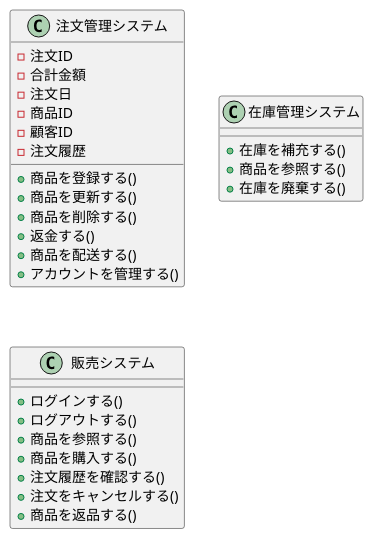
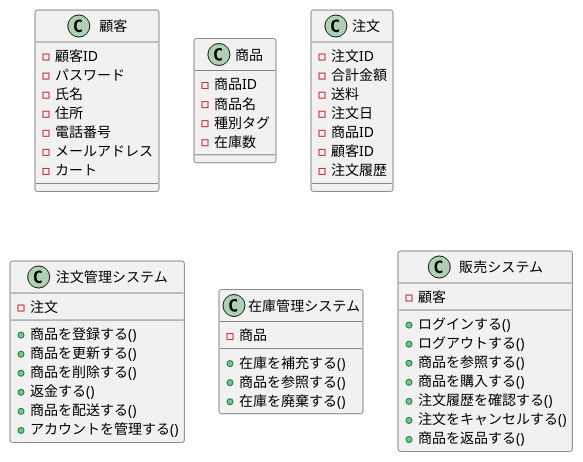
Before and after one commit to FujikawaHirono0520/group3_1_dogdog: the diagram in BB/class.pu, drawn with PlantUML.

Commit message:
add class

```diff
--- a/BB/class.pu
+++ b/BB/class.pu
@@ -1,35 +1,61 @@
 @startuml .
 
-class 注文管理システム{
+class 顧客{
+    - 顧客ID
+    - パスワード
+    - 氏名
+    - 住所
+    - 電話番号
+    - メールアドレス
+    - カート
+}
+
+class 商品 {
+    - 商品ID
+    - 商品名
+    - 種別タグ
+    - 在庫数
+}
+
+class 注文 {
     - 注文ID
     - 合計金額
+    - 送料
     - 注文日
     - 商品ID
     - 顧客ID
     - 注文履歴
+}
+
+class 注文管理システム{
+    - 注文
 
     + 商品を登録する()
     + 商品を更新する()
     + 商品を削除する()
     + 返金する()
     + 商品を配送する()
     + アカウントを管理する()
 }
 
 class 在庫管理システム{
+    - 商品
+
     + 在庫を補充する()
     + 商品を参照する()
     + 在庫を廃棄する()
 }
 
 class 販売システム{
+    - 顧客
+
     + ログインする()
     + ログアウトする()
     + 商品を参照する()
     + 商品を購入する()
     + 注文履歴を確認する()
     + 注文をキャンセルする()
     + 商品を返品する()
 }
 
 @enduml
```
